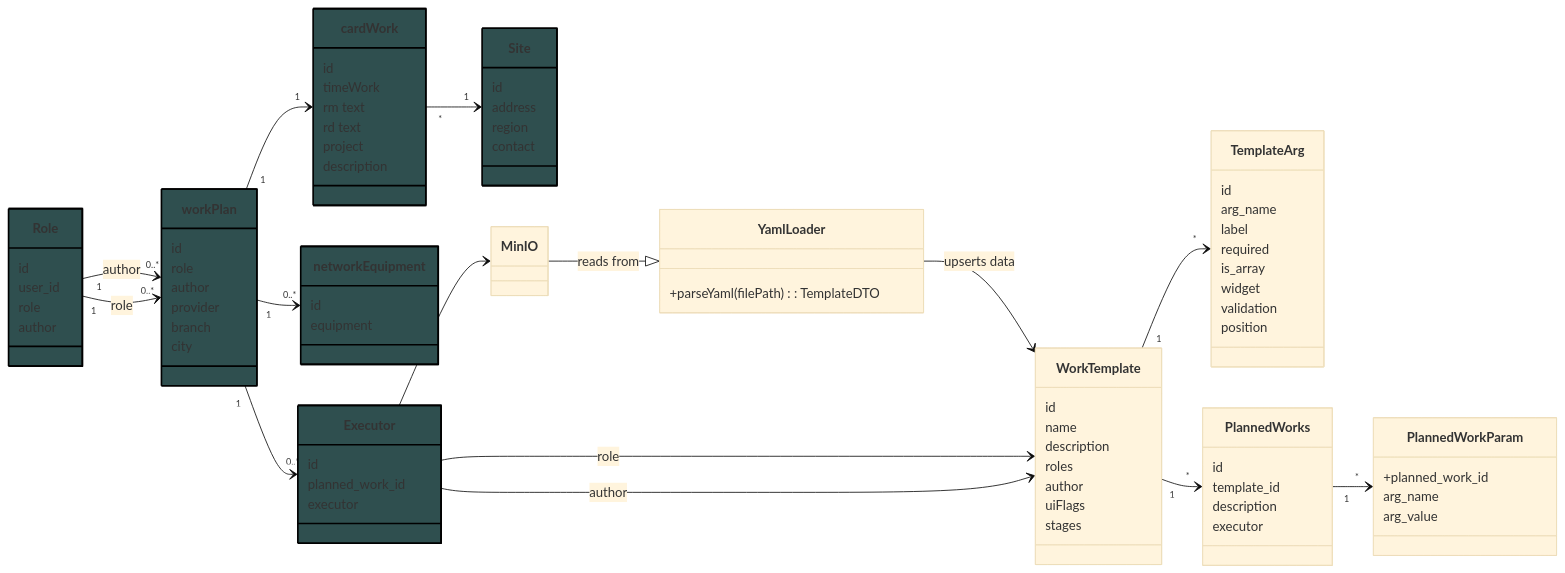
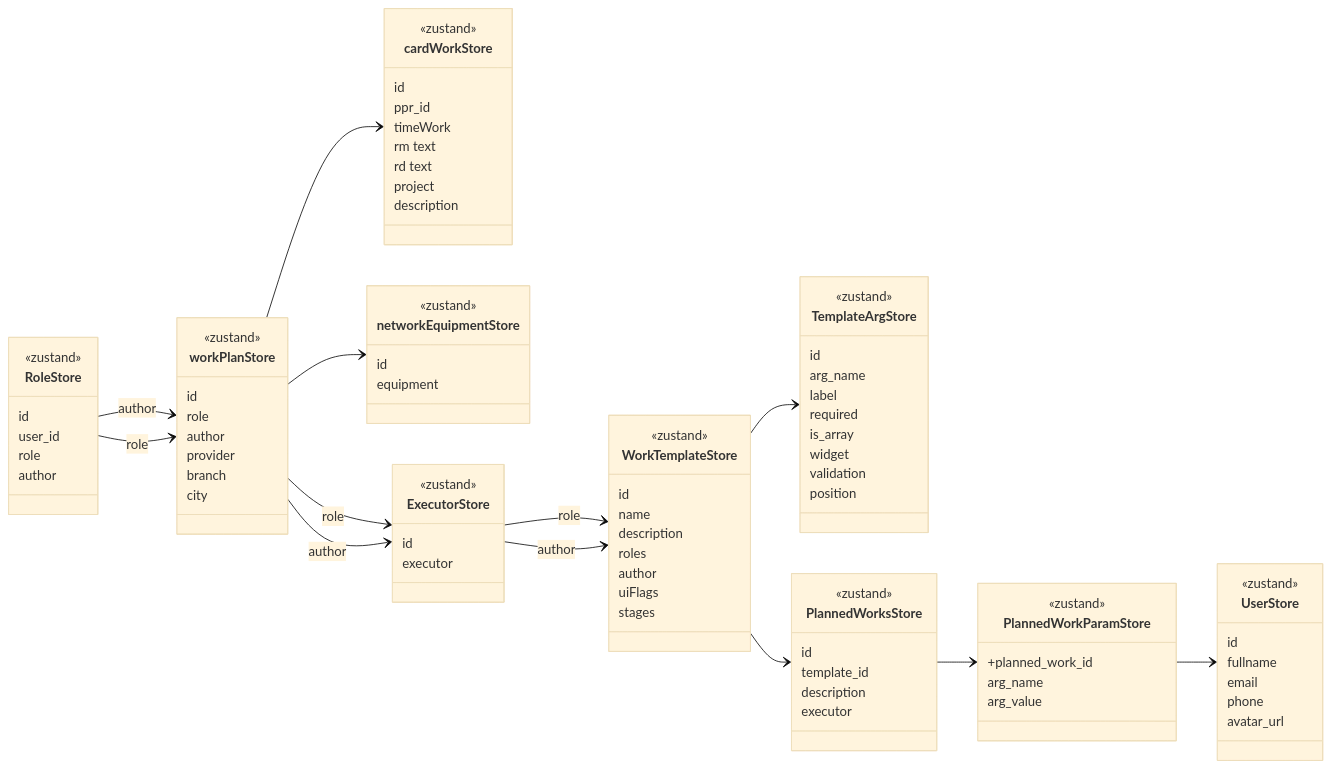
One commit to yushachkov01/new_ntPlanner changed the diagram in project-schemas/store.md. Above: the diagram before and after it, drawn with Mermaid (base theme).

Commit message:
Изменил диаграмму для store

````diff
--- a/project-schemas/store.md
+++ b/project-schemas/store.md
@@ -3,15 +3,16 @@
 ```mermaid
 classDiagram
     direction LR
-
-    class Role {
+    class RoleStore {
+        <<zustand>>
         id 
         user_id
         role 
         author
     }
 
-    class workPlan {
+    class workPlanStore {
+        <<zustand>>
         id
         role 
         author
@@ -20,27 +21,33 @@
         city 
     }
 
-    class cardWork {
+    class cardWorkStore {
+        <<zustand>>
         id
+        ppr_id 
         timeWork
         rm text
         rd text
         project 
         description 
     }
+    %% Оборудование
+    class networkEquipmentStore {
+        <<zustand>>
+        id
 
-    class networkEquipment {
-        id
         equipment 
     }
-
-    class Executor {
+%% Исполнители
+    class ExecutorStore {
+        <<zustand>>
         id
-        planned_work_id 
         executor
     }
 
-    class WorkTemplate {
+    %% ===== библиотека шаблонов =====
+    class WorkTemplateStore {
+        <<zustand>>
         id 
         name 
         description 
@@ -50,7 +57,8 @@
         stages 
     }
 
-    class TemplateArg {
+    class TemplateArgStore {
+        <<zustand>>
         id 
         arg_name 
         label 
@@ -61,55 +69,47 @@
         position
     }
 
-    class YamlLoader {
-        +parseYaml(filePath): TemplateDTO
-    }
 
-    class PlannedWorks {
+        class PlannedWorksStore {
+        <<zustand>>
         id 
         template_id 
         description 
         executor
     }
 
-    class PlannedWorkParam {
+    class PlannedWorkParamStore {
+        <<zustand>>
         +planned_work_id 
         arg_name 
         arg_value 
     }
-
-    class Site {
+    
+    %% ===== справочники =====
+    class UserStore {
+        <<zustand>>
         id 
-        address 
-        region 
-        contact 
+        fullname 
+        email 
+        phone 
+        avatar_url 
     }
 
-    MinIO --|> YamlLoader : reads from
-    YamlLoader --> WorkTemplate : upserts data
 
-    %% Добавленные связи с кардинальностями
-    Role "1" --> "0..*" workPlan : author
-    Role "1" --> "0..*" workPlan : role
-    workPlan "1" --> "1"     cardWork
-    workPlan "1" --> "0..*" networkEquipment
-    workPlan "1" --> "0..*" Executor
 
-    WorkTemplate "1" --> "*" TemplateArg
-    WorkTemplate "1" --> "*" PlannedWorks
-    PlannedWorks  "1" --> "*" PlannedWorkParam
-    cardWork     "*" --> "1" Site
 
-    %% Оставлены оригинальные связи без кардинальностей
-    Executor --> MinIO
-    Executor --> WorkTemplate : role
-    Executor --> WorkTemplate : author
 
-    %% Стили для выделения данных, которые относятся к hasura
-    style Role fill:#2F4F4F,stroke:#000,stroke-width:2px
-    style workPlan fill:#2F4F4F,stroke:#000,stroke-width:2px
-    style networkEquipment fill:#2F4F4F,stroke:#000,stroke-width:2px
-    style Executor fill:#2F4F4F,stroke:#000,stroke-width:2px
-    style cardWork fill:#2F4F4F,stroke:#000,stroke-width:2px
-    style Site fill:#2F4F4F,stroke:#000,stroke-width:2px
+    RoleStore --> workPlanStore : author
+    RoleStore --> workPlanStore : role
+    workPlanStore --> cardWorkStore
+    workPlanStore --> networkEquipmentStore
+    workPlanStore --> ExecutorStore: role
+    workPlanStore --> ExecutorStore: author
+
+    ExecutorStore --> WorkTemplateStore: role
+    ExecutorStore --> WorkTemplateStore: author
+    WorkTemplateStore --> TemplateArgStore
+    WorkTemplateStore --> PlannedWorksStore
+    PlannedWorksStore --> PlannedWorkParamStore
+    PlannedWorkParamStore --> UserStore
 ```
````
